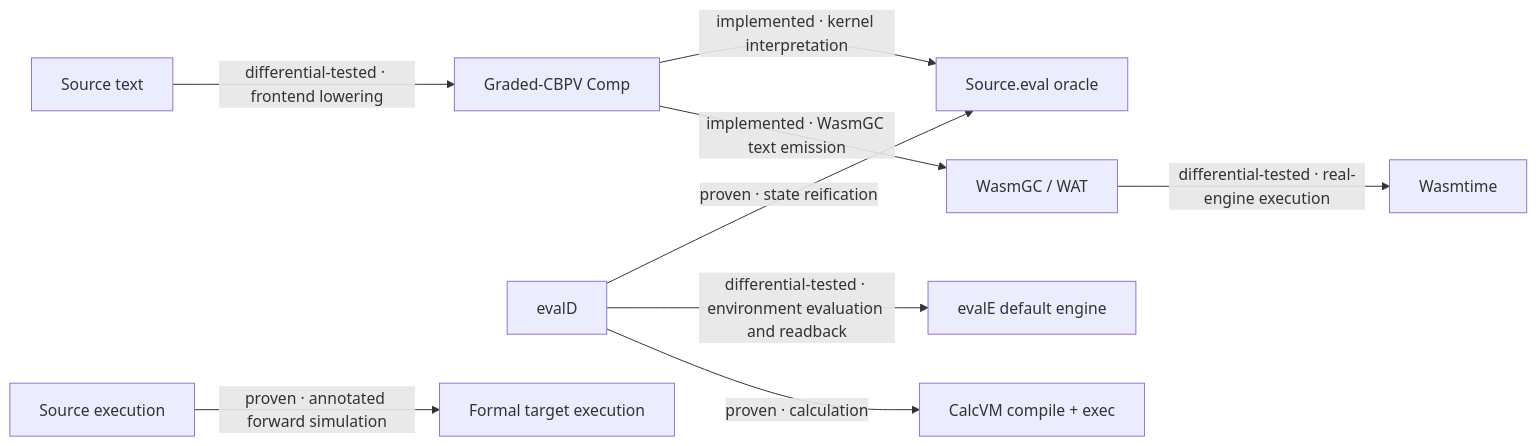
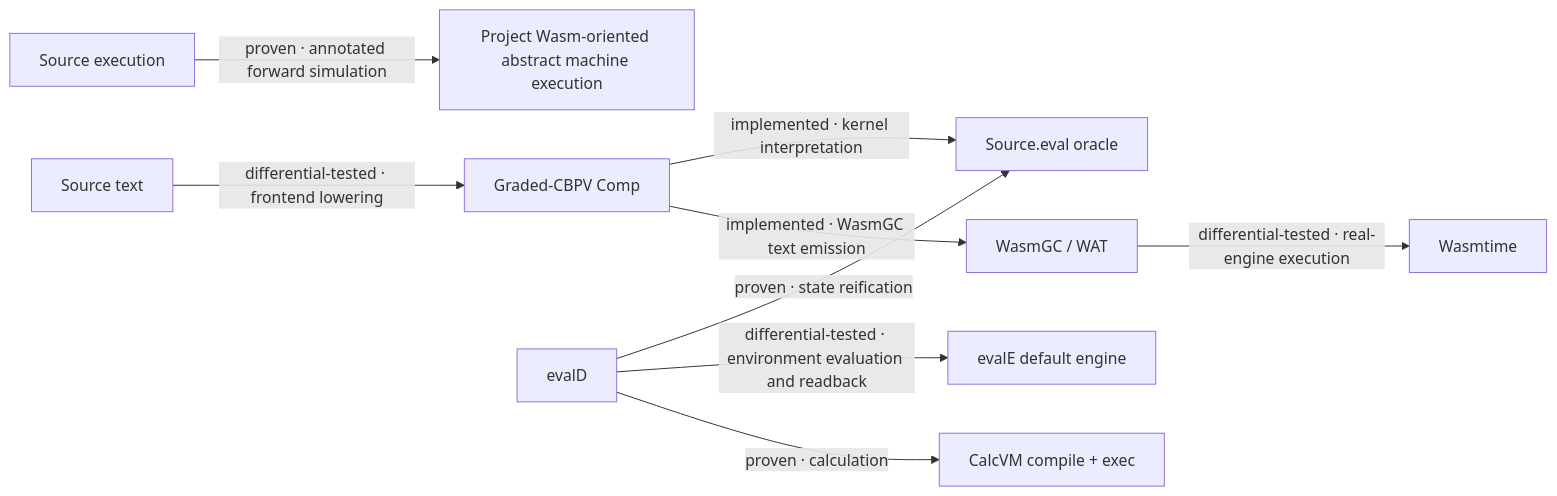
The first of 3 diagrams in docs/architecture/core-overview.md (phibkro/bang), drawn with Mermaid before and after one commit. The commit also changed other lines of this file and 18 other files, not shown here.

Commit message:
fix(wasm): preserve abstract-model emitter boundary

````diff
--- a/docs/architecture/core-overview.md
+++ b/docs/architecture/core-overview.md
@@ -16,21 +16,21 @@
 ```mermaid
 flowchart LR
+  n_abstract_target_execution["Project Wasm-oriented abstract machine execution"]
   n_calcvm["CalcVM compile + exec"]
   n_comp["Graded-CBPV Comp"]
   n_emitted_wat["WasmGC / WAT"]
   n_env_engine["evalE default engine"]
   n_evald["evalD"]
   n_source_eval["Source.eval oracle"]
   n_source_execution["Source execution"]
   n_source_text["Source text"]
-  n_target_execution["Formal target execution"]
   n_wasmtime["Wasmtime"]
   n_comp -->|implemented · WasmGC text emission| n_emitted_wat
   n_comp -->|implemented · kernel interpretation| n_source_eval
   n_emitted_wat -->|differential-tested · real-engine execution| n_wasmtime
   n_evald -->|proven · calculation| n_calcvm
   n_evald -->|differential-tested · environment evaluation and readback| n_env_engine
   n_evald -->|proven · state reification| n_source_eval
-  n_source_execution -->|proven · annotated forward simulation| n_target_execution
+  n_source_execution -->|proven · annotated forward simulation| n_abstract_target_execution
   n_source_text -->|differential-tested · frontend lowering| n_comp
 ```
````
